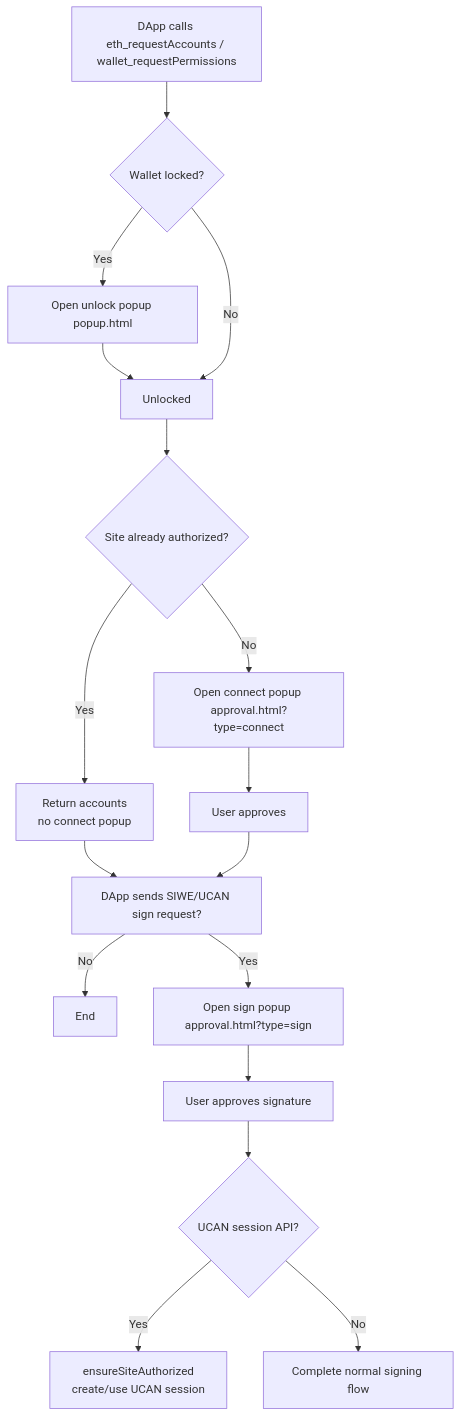
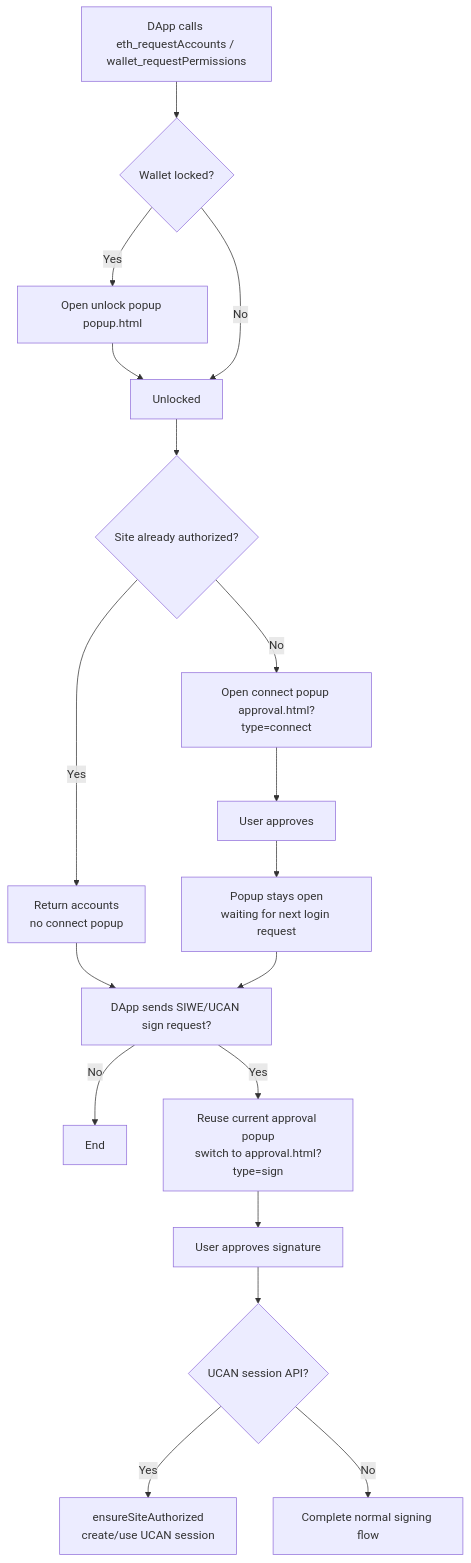
The diagram in docs/en/dapp-connection-flow.md (yeying-community/wallet), drawn with Mermaid before and after one commit. The commit also changed other lines of this file and 10 other files, not shown here.

Commit message:
feat: unify approval popup flow for connect and sign

````diff
--- a/docs/en/dapp-connection-flow.md
+++ b/docs/en/dapp-connection-flow.md
@@ -39,19 +40,20 @@
 ```mermaid
 flowchart TD
   A[DApp calls eth_requestAccounts / wallet_requestPermissions] --> B{Wallet locked?}
   B -- Yes --> C[Open unlock popup popup.html]
   C --> D[Unlocked]
   B -- No --> D
   D --> E{Site already authorized?}
   E -- Yes --> F[Return accounts<br/>no connect popup]
   E -- No --> G[Open connect popup approval.html?type=connect]
   G --> H[User approves]
+  H --> H1[Popup stays open<br/>waiting for next login request]
   F --> I[DApp sends SIWE/UCAN sign request?]
-  H --> I
+  H1 --> I
   I -- No --> J[End]
-  I -- Yes --> K[Open sign popup approval.html?type=sign]
+  I -- Yes --> K[Reuse current approval popup<br/>switch to approval.html?type=sign]
   K --> L[User approves signature]
   L --> M{UCAN session API?}
   M -- Yes --> N[ensureSiteAuthorized<br/>create/use UCAN session]
   M -- No --> O[Complete normal signing flow]
 ```
````
